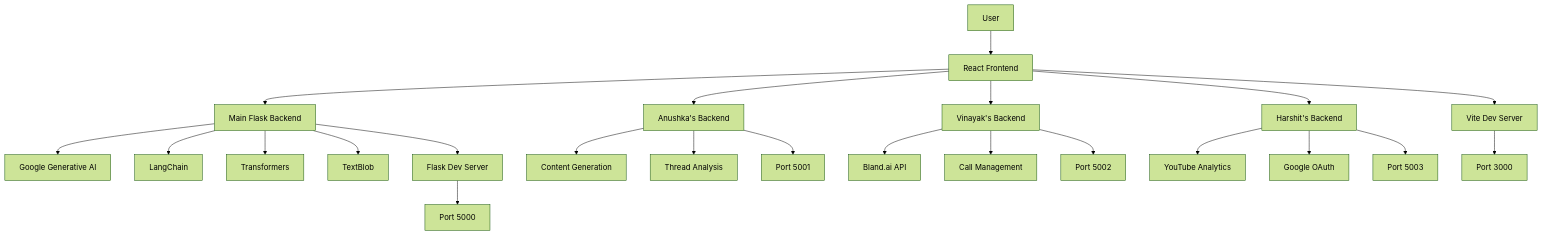
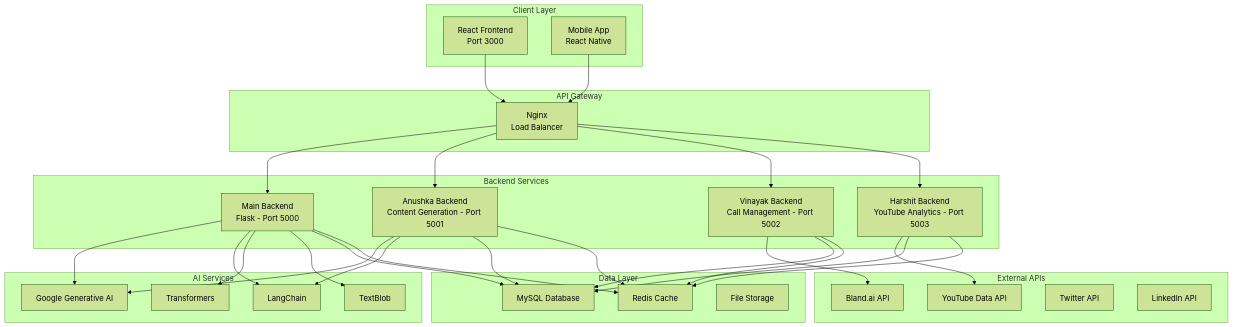
Before and after one commit to vvinayakkk/Level_Up: the first of 8 diagrams in README.md, drawn with Mermaid (forest theme). The commit also changed other lines of this file, not shown here.

````diff
--- a/README.md
+++ b/README.md
@@ -324,31 +212,67 @@
 ```mermaid
-graph TD
-    A[User] --> B[React Frontend]
-    B --> C[Main Flask Backend]
-    B --> D[Anushka's Backend]
-    B --> E[Vinayak's Backend]
-    B --> F[Harshit's Backend]
+graph TB
+    subgraph "Client Layer"
+        A[React Frontend<br/>Port 3000]
+        B[Mobile App<br/>React Native]
+    end
     
-    C --> G[Google Generative AI]
-    C --> H[LangChain]
-    C --> I[Transformers]
-    C --> J[TextBlob]
+    subgraph "API Gateway"
+        C[Nginx<br/>Load Balancer]
+    end
     
-    D --> K[Content Generation]
-    D --> L[Thread Analysis]
+    subgraph "Backend Services"
+        D[Main Backend<br/>Flask - Port 5000]
+        E[Anushka Backend<br/>Content Generation - Port 5001]
+        F[Vinayak Backend<br/>Call Management - Port 5002]
+        G[Harshit Backend<br/>YouTube Analytics - Port 5003]
+    end
     
-    E --> M[Bland.ai API]
-    E --> N[Call Management]
+    subgraph "AI Services"
+        H[Google Generative AI]
+        I[LangChain]
+        J[Transformers]
+        K[TextBlob]
+    end
     
-    F --> O[YouTube Analytics]
-    F --> P[Google OAuth]
+    subgraph "External APIs"
+        L[Bland.ai API]
+        M[YouTube Data API]
+        N[Twitter API]
+        O[LinkedIn API]
+    end
     
-    B --> Q[Vite Dev Server]
-    C --> R[Flask Dev Server]
-    D --> S[Port 5001]
-    E --> T[Port 5002]
-    F --> U[Port 5003]
+    subgraph "Data Layer"
+        P[MySQL Database]
+        Q[Redis Cache]
+        R[File Storage]
+    end
     
-    Q --> V[Port 3000]
-    R --> W[Port 5000]
+    A --> C
+    B --> C
+    C --> D
+    C --> E
+    C --> F
+    C --> G
+    
+    D --> H
+    D --> I
+    D --> J
+    D --> K
+    
+    E --> H
+    E --> I
+    
+    F --> L
+    
+    G --> M
+    
+    D --> P
+    E --> P
+    F --> P
+    G --> P
+    
+    D --> Q
+    E --> Q
+    F --> Q
+    G --> Q
 ```
````
